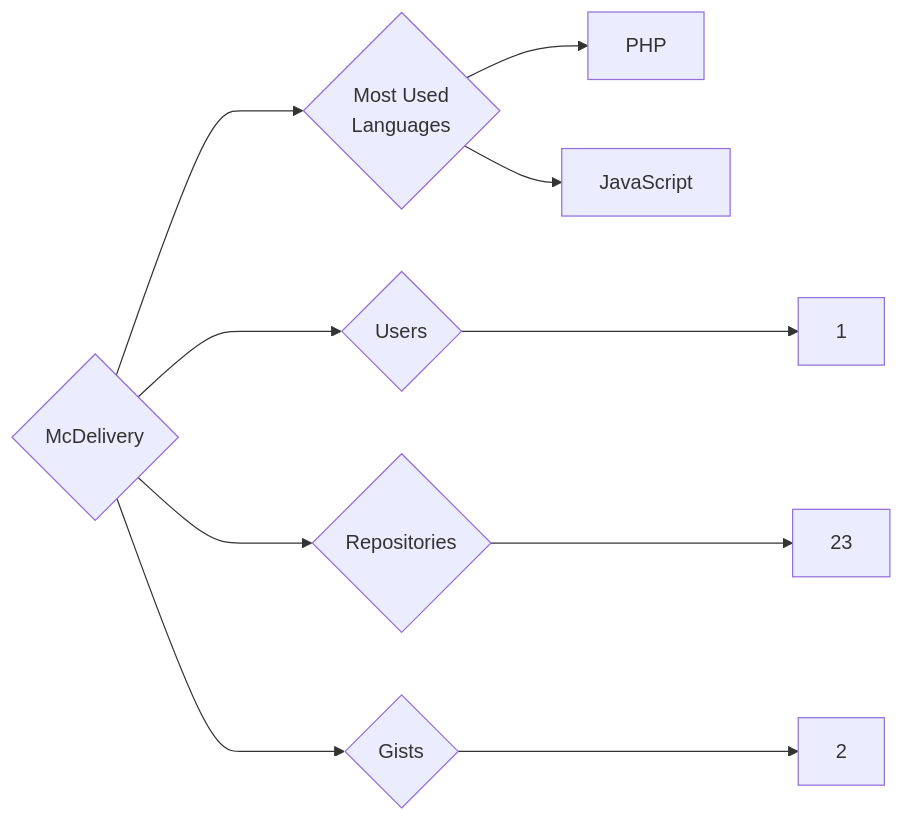
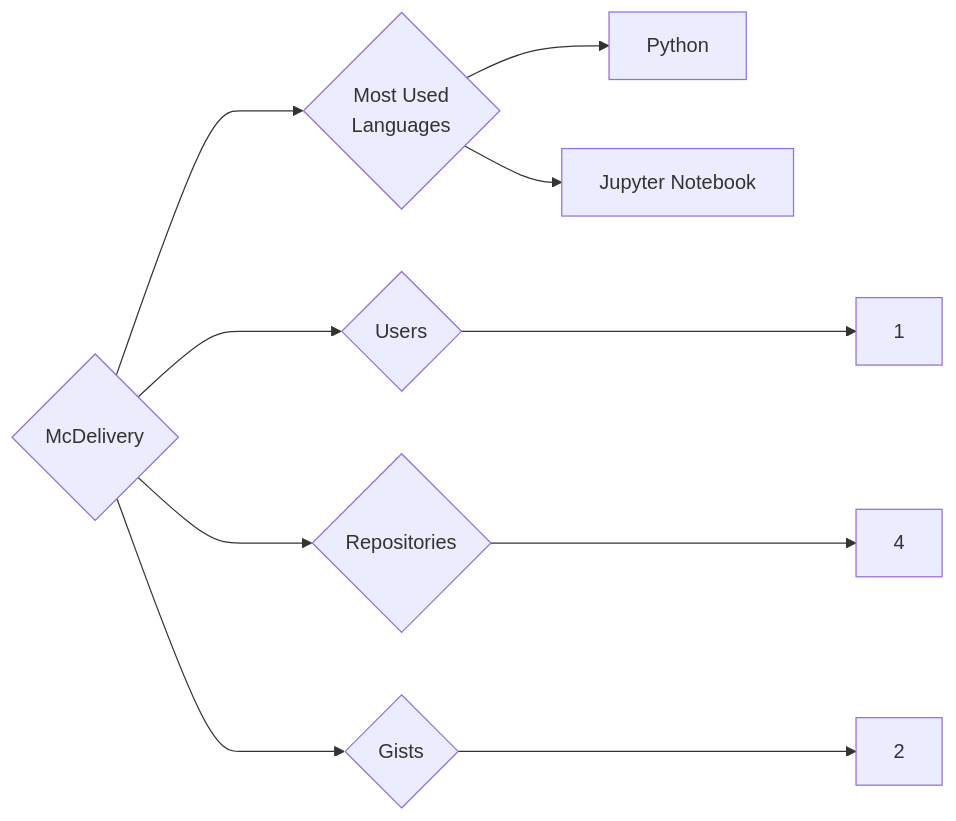
The diagram in targets/McDelivery/README.md (trickest/insiders), drawn with Mermaid before and after one commit. The commit also changed 995 other files, not shown here.

````diff
--- a/targets/McDelivery/README.md
+++ b/targets/McDelivery/README.md
@@ -3,10 +3,10 @@
 ```mermaid
 graph LR
 COMPANY_NAME{McDelivery}
 COMPANY_NAME ---> U{Users} ---> UN[1]
-COMPANY_NAME ---> R{Repositories} ---> RN[23]
+COMPANY_NAME ---> R{Repositories} ---> RN[4]
 COMPANY_NAME ---> G{Gists} ---> GN[2]
 COMPANY_NAME ---> ML{Most Used<br>Languages}
-ML --> PHP[PHP]
-ML --> JavaScript[JavaScript]
+ML --> Python[Python]
+ML --> Jupyter_Notebook[Jupyter Notebook]
 ```
````
